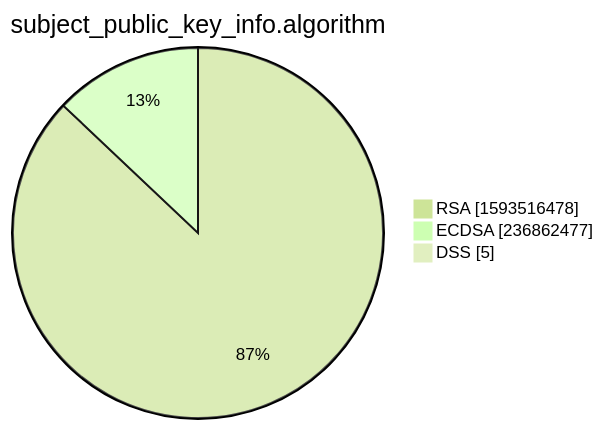
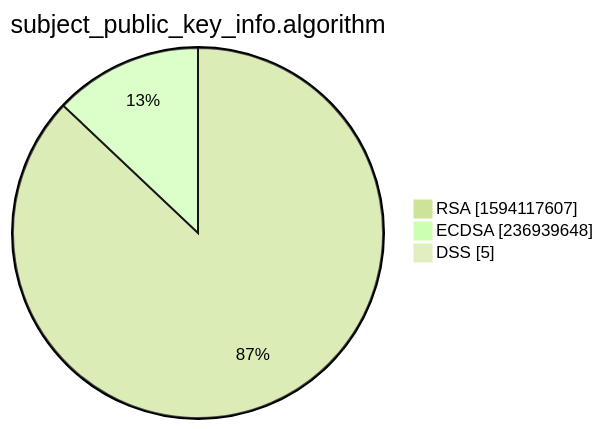
Before and after one commit to christiankrug/ctmonitor_visualization: the third of 15 diagrams in xenon2022/README.md, drawn with Mermaid (forest theme). The commit also changed other lines of this file, not shown here.

````diff
--- a/xenon2022/README.md
+++ b/xenon2022/README.md
@@ -14,7 +14,7 @@
 ```mermaid
 pie showData
 title subject_public_key_info.algorithm
-"RSA" :1593516478
-"ECDSA" :236862477
+"RSA" :1594117607
+"ECDSA" :236939648
 "DSS" :5
 ```
````
